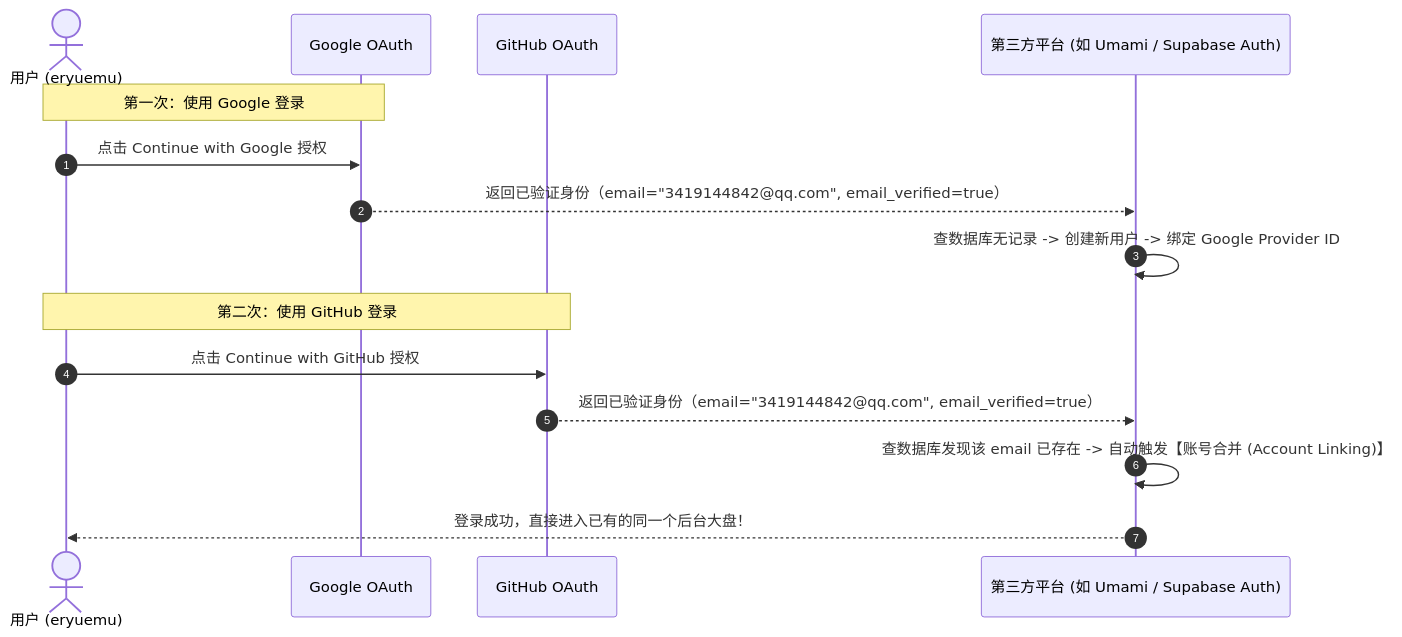
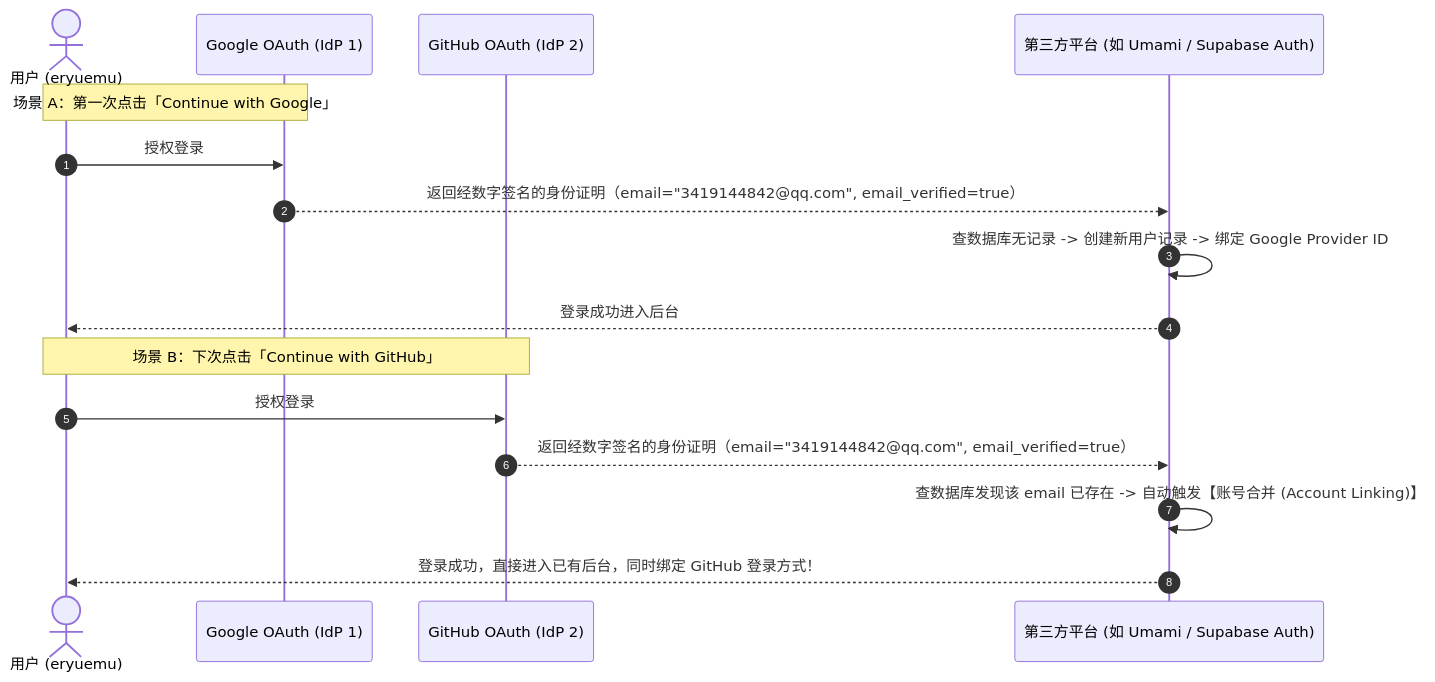
The diagram in src/content/blog/account-system-microsoft-google-oauth.md (eryuemu/eryuemu-blog), drawn with Mermaid before and after one commit. The commit also changed other lines of this file, not shown here.

Commit message:
docs: 全面重构并细化第八节：三问三答实战拆解第三方 SaaS 账号判定与 OAuth 打通机制

````diff
--- a/src/content/blog/account-system-microsoft-google-oauth.md
+++ b/src/content/blog/account-system-microsoft-google-oauth.md
@@ -164,19 +184,20 @@
 ```mermaid
 sequenceDiagram
     autonumber
     actor User as 用户 (eryuemu)
-    participant Google as Google OAuth
-    participant GitHub as GitHub OAuth
+    participant Google as Google OAuth (IdP 1)
+    participant GitHub as GitHub OAuth (IdP 2)
     participant SaaS as 第三方平台 (如 Umami / Supabase Auth)
 
-    Note over User,Google: 第一次：使用 Google 登录
-    User->>Google: 点击 Continue with Google 授权
-    Google-->>SaaS: 返回已验证身份（email="3419144842@qq.com", email_verified=true）
-    SaaS->>SaaS: 查数据库无记录 -> 创建新用户 -> 绑定 Google Provider ID
+    Note over User,Google: 场景 A：第一次点击「Continue with Google」
+    User->>Google: 授权登录
+    Google-->>SaaS: 返回经数字签名的身份证明（email="3419144842@qq.com", email_verified=true）
+    SaaS->>SaaS: 查数据库无记录 -> 创建新用户记录 -> 绑定 Google Provider ID
+    SaaS-->>User: 登录成功进入后台
 
-    Note over User,GitHub: 第二次：使用 GitHub 登录
-    User->>GitHub: 点击 Continue with GitHub 授权
-    GitHub-->>SaaS: 返回已验证身份（email="3419144842@qq.com", email_verified=true）
+    Note over User,GitHub: 场景 B：下次点击「Continue with GitHub」
+    User->>GitHub: 授权登录
+    GitHub-->>SaaS: 返回经数字签名的身份证明（email="3419144842@qq.com", email_verified=true）
     SaaS->>SaaS: 查数据库发现该 email 已存在 -> 自动触发【账号合并 (Account Linking)】
-    SaaS-->>User: 登录成功，直接进入已有的同一个后台大盘！
+    SaaS-->>User: 登录成功，直接进入已有后台，同时绑定 GitHub 登录方式！
 ```
````
